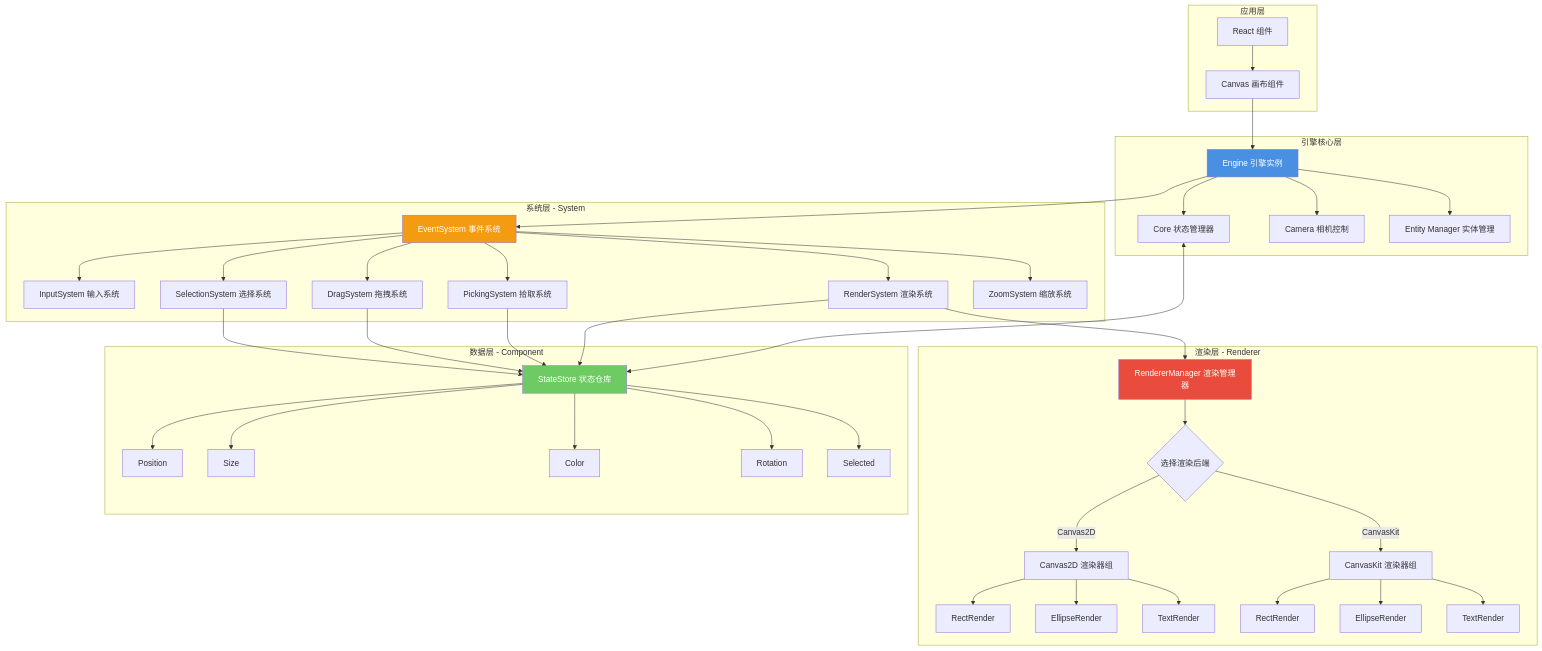
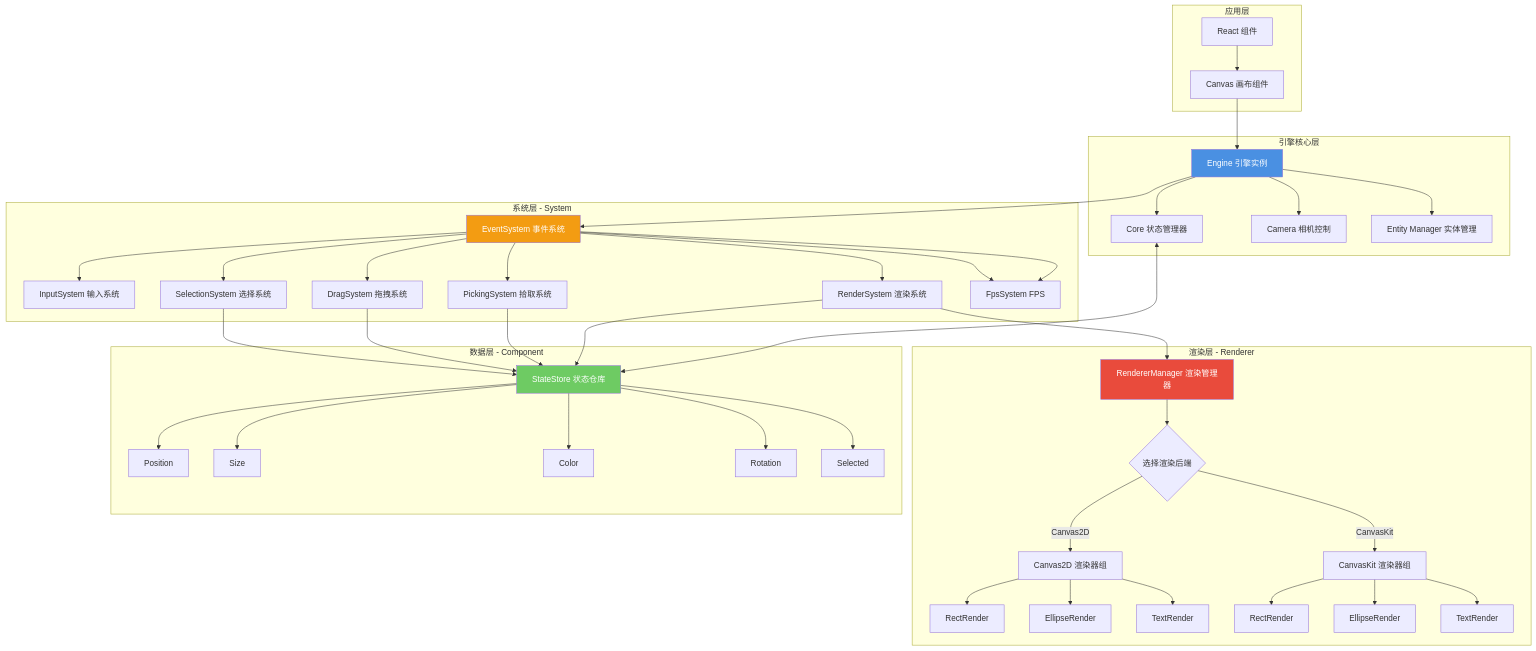
Before and after one commit to baiyuze/duck-core: the first of 8 diagrams in docs/基础架构设计.md, drawn with Mermaid. The commit also changed other lines of this file, not shown here.

````diff
--- a/docs/基础架构设计.md
+++ b/docs/基础架构设计.md
@@ -30,56 +30,57 @@
 ```mermaid
 graph TB
     subgraph "应用层"
         A[React 组件] --> B[Canvas 画布组件]
     end
     
     subgraph "引擎核心层"
         B --> C[Engine 引擎实例]
         C --> D[Core 状态管理器]
         C --> E[Camera 相机控制]
         C --> F[Entity Manager 实体管理]
     end
     
     subgraph "系统层 - System"
         C --> G[EventSystem 事件系统]
         G --> H[InputSystem 输入系统]
         G --> I[RenderSystem 渲染系统]
         G --> J[PickingSystem 拾取系统]
         G --> K[DragSystem 拖拽系统]
         G --> L[SelectionSystem 选择系统]
         G --> M[ZoomSystem 缩放系统]
+        G --> M[FpsSystem FPS]
     end
     
     subgraph "渲染层 - Renderer"
         I --> N[RendererManager 渲染管理器]
         N --> O{选择渲染后端}
         O -->|Canvas2D| P[Canvas2D 渲染器组]
         O -->|CanvasKit| Q[CanvasKit 渲染器组]
         P --> R[RectRender]
         P --> S[EllipseRender]
         P --> T[TextRender]
         Q --> U[RectRender]
         Q --> V[EllipseRender]
         Q --> W[TextRender]
     end
     
     subgraph "数据层 - Component"
         X[StateStore 状态仓库]
         X --> Y[Position]
         X --> Z[Size]
         X --> AA[Color]
         X --> AB[Rotation]
         X --> AC[Selected]
     end
     
     D <--> X
     I --> X
     J --> X
     K --> X
     L --> X
     
     style C fill:#4A90E2,color:#fff
     style N fill:#E94B3C,color:#fff
     style X fill:#6ECB63,color:#fff
     style G fill:#F39C12,color:#fff
 ```
````
